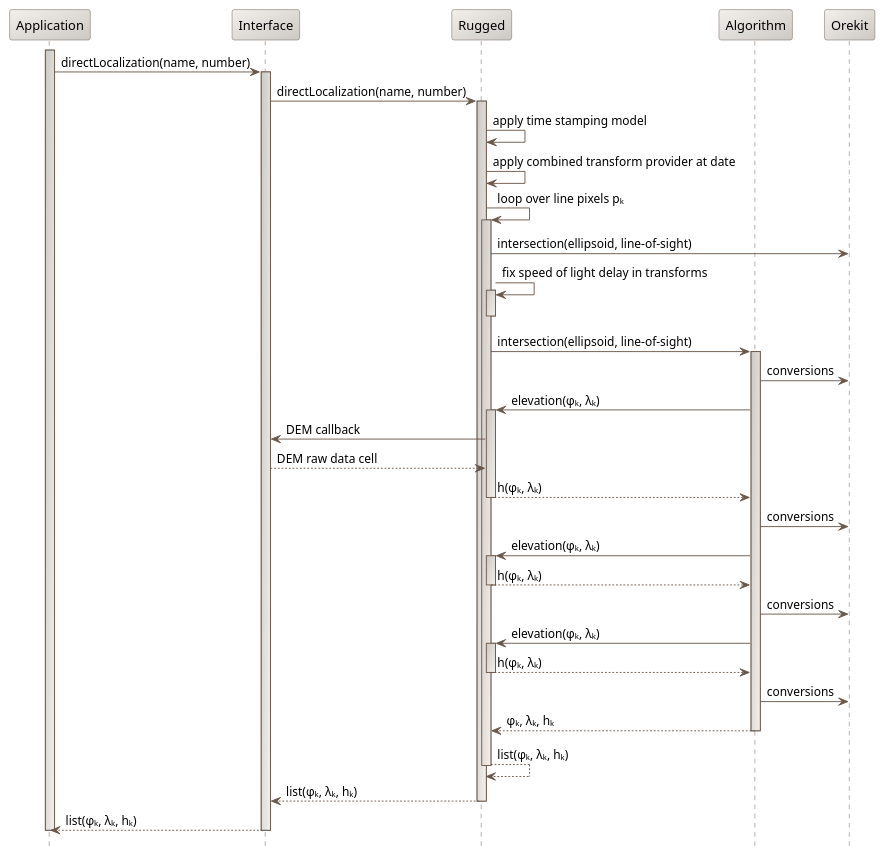
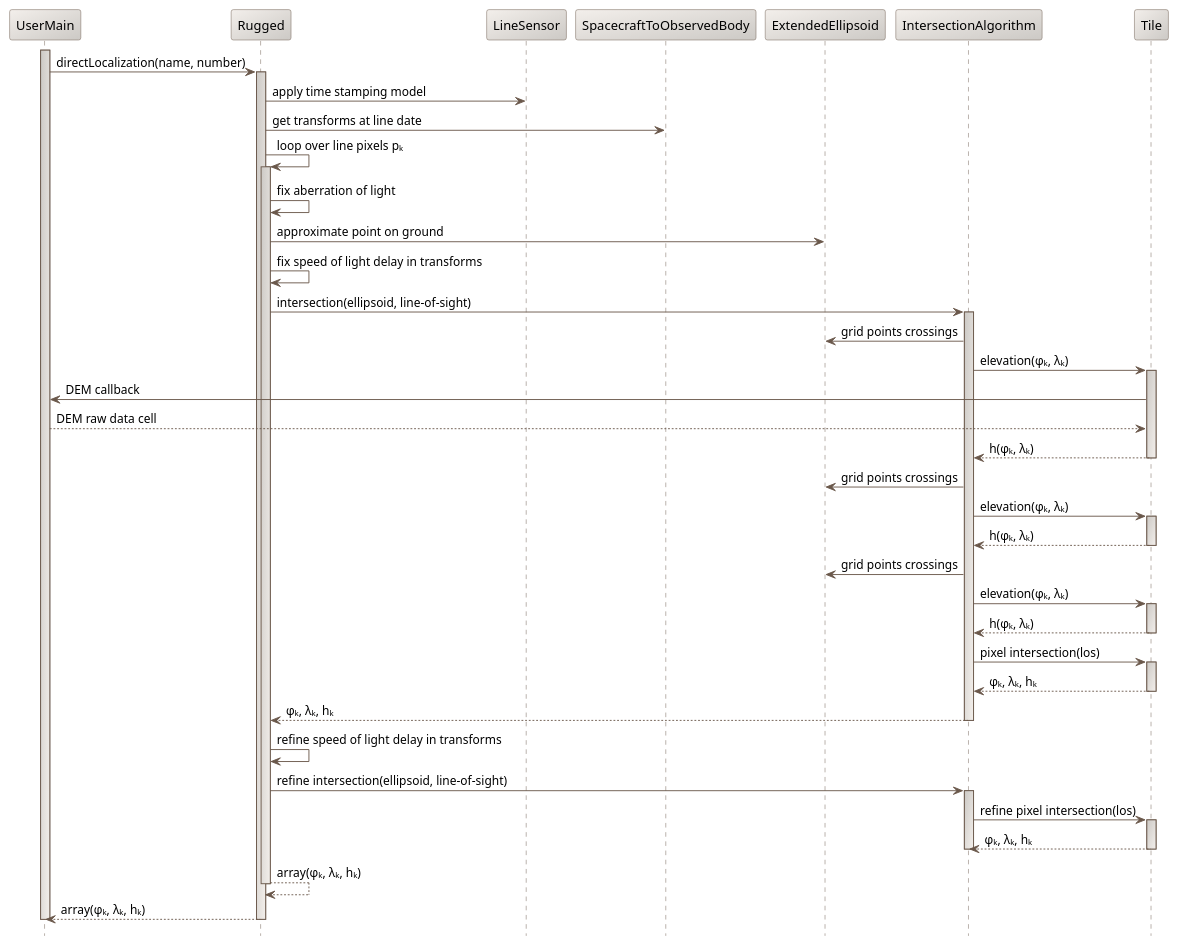
One commit to CS-SI/Rugged changed the diagram in design/direct-localization-sequence-diagram.puml. Above: the diagram before and after it, drawn with PlantUML. The commit also changed 1 other file, not shown here.

Commit message:
Finalized direct localization diagrams.

```diff
--- a/design/direct-localization-sequence-diagram.puml
+++ b/design/direct-localization-sequence-diagram.puml
@@ -17,67 +17,75 @@
 @startuml
 
   skinparam svek                                true
   skinparam NoteBackgroundColor                 #F3EFEB
   skinparam NoteBorderColor                     #691616
   skinparam NoteFontColor                       #691616
   skinparam SequenceActorBorderColor            #6A584B
   skinparam SequenceParticipantBackgroundColor  #F3EFEB/CCC9C5
   skinparam SequenceParticipantBorderColor      #6A584B
   skinparam SequenceLifeLineBackgroundColor     #CCC9C5/F3EFEB
   skinparam SequenceLifeLineBorderColor         #6A584B
   skinparam SequenceArrowColor                  #6A584B
   skinparam SequenceBorderColor                 #6A584B
   skinparam SequenceFontSize                    11
 
   hide footbox
 
-  participant "Application" as A
-  participant "Interface" as I
+  participant "UserMain" as A
   participant "Rugged" as R
-  participant "Algorithm" as G
-  participant "Orekit" as O
+  participant "LineSensor" as LS
+  participant "SpacecraftToObservedBody" as S
+  participant "ExtendedEllipsoid" as E
+  participant "IntersectionAlgorithm" as G
+  participant "Tile" as T
 
   activate A
-  A  -> I : directLocalization(name, number)
-     activate I
-       I  -> R : directLocalization(name, number)
+     A  -> R : directLocalization(name, number)
+     activate R
+       R -> LS : apply time stamping model
+       R -> S : get transforms at line date
+       R -> R : loop over line pixels pₖ
        activate R
-         R -> R : apply time stamping model
-         R -> R : apply combined transform provider at date
-         R -> R : loop over line pixels pₖ
-         activate R
-           R -> O : intersection(ellipsoid, line-of-sight)
-           R -> R : fix speed of light delay in transforms
-           activate R
-           deactivate R
-           R -> G : intersection(ellipsoid, line-of-sight)
-           activate G
-             G -> O  : conversions
-             G -> R : elevation(φₖ, λₖ)
-             activate R
-               R -> I : DEM callback
-               I --> R : DEM raw data cell
-               R --> G : h(φₖ, λₖ)
-             deactivate R
-             G -> O  : conversions
-             G -> R : elevation(φₖ, λₖ)
-             activate R
-               R --> G : h(φₖ, λₖ)
-             deactivate R
-             G -> O  : conversions
-             G -> R : elevation(φₖ, λₖ)
-             activate R
-               R --> G : h(φₖ, λₖ)
-             deactivate R
-             G -> O  : conversions
-             G --> R : φₖ, λₖ, hₖ
-           deactivate G
-           R --> R : list(φₖ, λₖ, hₖ)
-         deactivate R
-         R --> I : list(φₖ, λₖ, hₖ)
+         R -> R : fix aberration of light
+         R -> E : approximate point on ground
+         R -> R : fix speed of light delay in transforms
+         R -> G : intersection(ellipsoid, line-of-sight)
+         activate G
+           G -> E  : grid points crossings
+           G -> T : elevation(φₖ, λₖ)
+           activate T
+             T -> A : DEM callback
+             A --> T : DEM raw data cell
+             T --> G : h(φₖ, λₖ)
+           deactivate T
+           G -> E  : grid points crossings
+           G -> T : elevation(φₖ, λₖ)
+           activate T
+             T --> G : h(φₖ, λₖ)
+           deactivate T
+           G -> E  : grid points crossings
+           G -> T : elevation(φₖ, λₖ)
+           activate T
+             T --> G : h(φₖ, λₖ)
+           deactivate T
+           G -> T  : pixel intersection(los)
+           activate T
+             T --> G : φₖ, λₖ, hₖ
+           deactivate T
+           G --> R : φₖ, λₖ, hₖ
+         deactivate G
+         R -> R : refine speed of light delay in transforms
+         R -> G : refine intersection(ellipsoid, line-of-sight)
+         activate G
+           G -> T  : refine pixel intersection(los)
+           activate T
+             T --> G : φₖ, λₖ, hₖ
+           deactivate T
+         deactivate G
+         R --> R : array(φₖ, λₖ, hₖ)
        deactivate R
-       I  --> A : list(φₖ, λₖ, hₖ)
-     deactivate I
+       R --> A : array(φₖ, λₖ, hₖ)
+     deactivate R
   deactivate A
 
 @enduml
```
